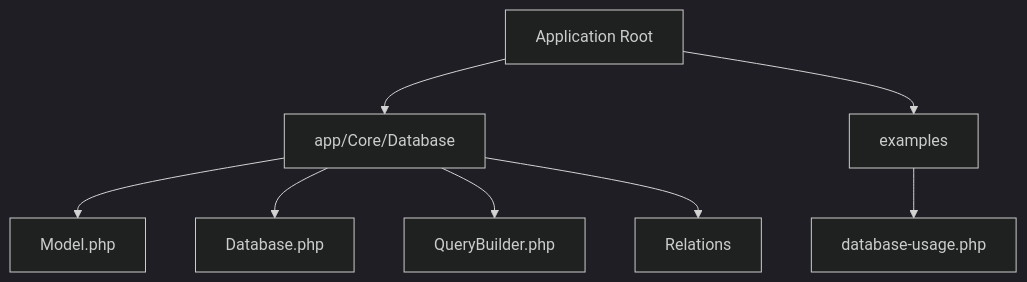
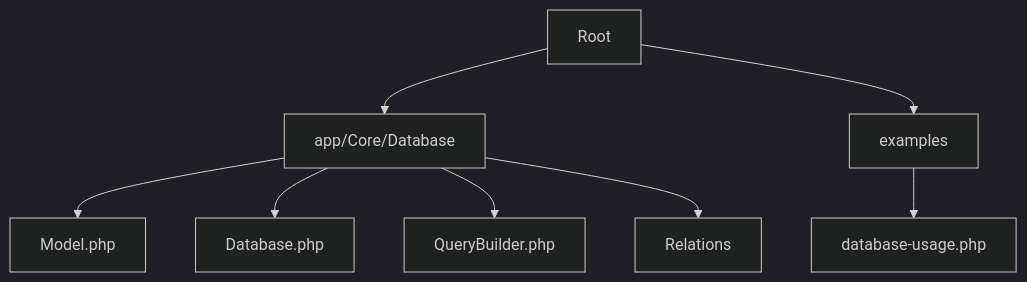
The first of 7 diagrams in .qoder/repowiki/en/content/Examples/Database Usage Examples.md (andrfilipenk/new), drawn with Mermaid (dark theme) before and after one commit. The commit also changed other lines of this file and 44 other files, not shown here.

````diff
--- a/.qoder/repowiki/en/content/Examples/Database Usage Examples.md
+++ b/.qoder/repowiki/en/content/Examples/Database Usage Examples.md
@@ -31,10 +31,10 @@
 ```mermaid
 graph TD
-A[Application Root] --> B[app/Core/Database]
+A[ Root] --> B[app/Core/Database]
 A --> C[examples]
 B --> D[Model.php]
 B --> E[Database.php]
 B --> F[QueryBuilder.php]
 B --> G[Relations]
 C --> H[database-usage.php]
 ```
````
